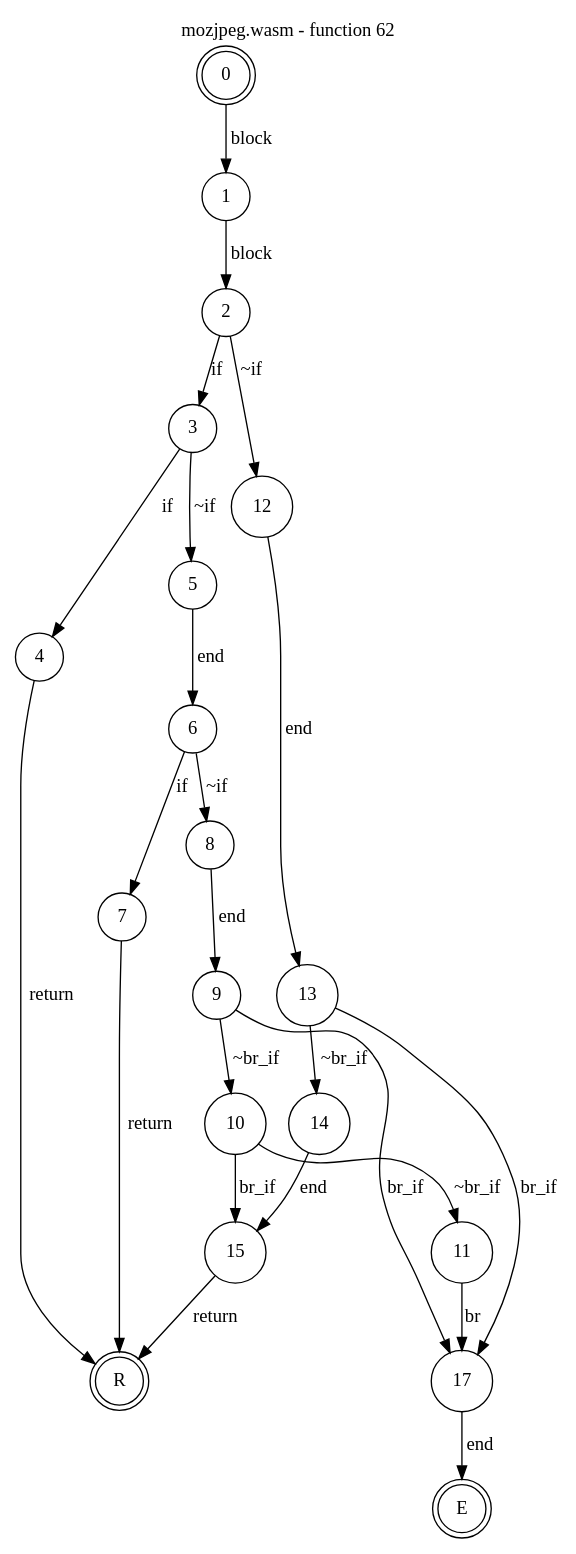
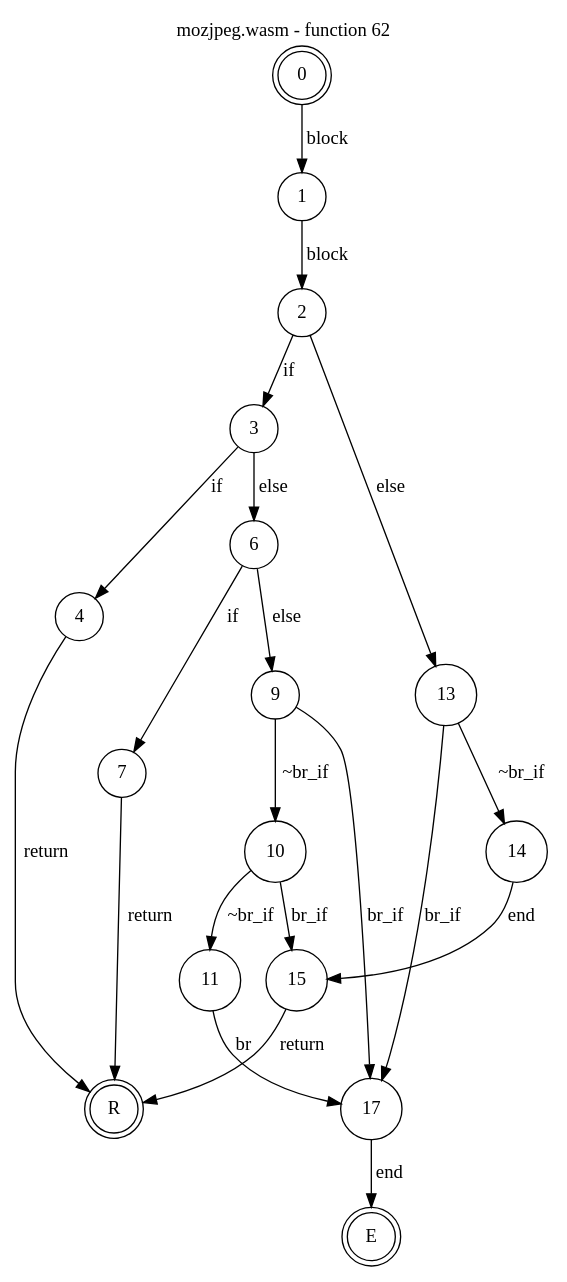
The diagram in test_cases/mozjpeg/funcs/mozjpeg-func62.dot (jsCarleton/wanalyze), drawn with Graphviz before and after one commit. The commit also changed 102512 other files, not shown here.

```diff
--- a/test_cases/mozjpeg/funcs/mozjpeg-func62.dot
+++ b/test_cases/mozjpeg/funcs/mozjpeg-func62.dot
@@ -1,32 +1,29 @@
 digraph finite_state_machine {
     label = "mozjpeg.wasm - function 62"
     labelloc =  t
     labelfontsize = 16
     labelfontcolor = black
     labelfontname = "Helvetica"
     node [shape = doublecircle]; 0 E R ;
     node [shape = circle];
     0 -> 1[label="block"];
     1 -> 2[label="block"];
     2 -> 3[label="if"];
-    2 -> 12[label="~if"];
+    2 -> 13[label="else"];
     3 -> 4[label="if"];
-    3 -> 5[label="~if"];
+    3 -> 6[label="else"];
     4 -> R[label="return"];
-    5 -> 6[label="end"];
     6 -> 7[label="if"];
-    6 -> 8[label="~if"];
+    6 -> 9[label="else"];
     7 -> R[label="return"];
-    8 -> 9[label="end"];
     9 -> 10[label="~br_if"];
     9 -> 17[label="br_if"];
     10 -> 11[label="~br_if"];
     10 -> 15[label="br_if"];
     11 -> 17[label="br"];
-    12 -> 13[label="end"];
     13 -> 14[label="~br_if"];
     13 -> 17[label="br_if"];
     14 -> 15[label="end"];
     15 -> R[label="return"];
     17 -> E[label="end"];
 }
```
